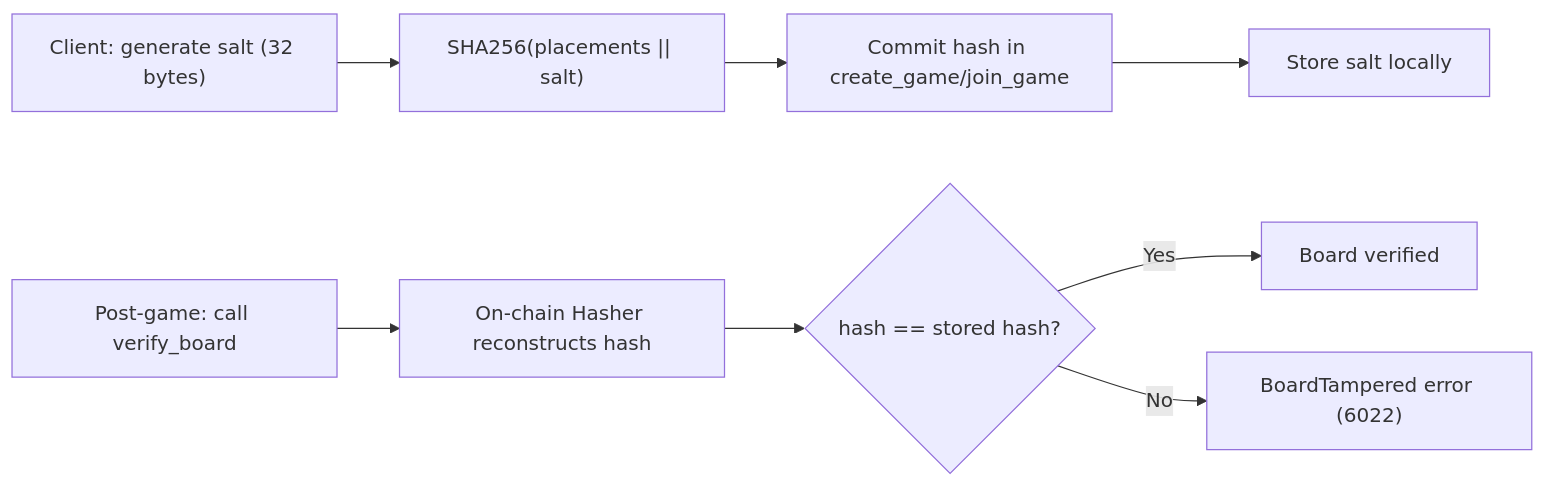
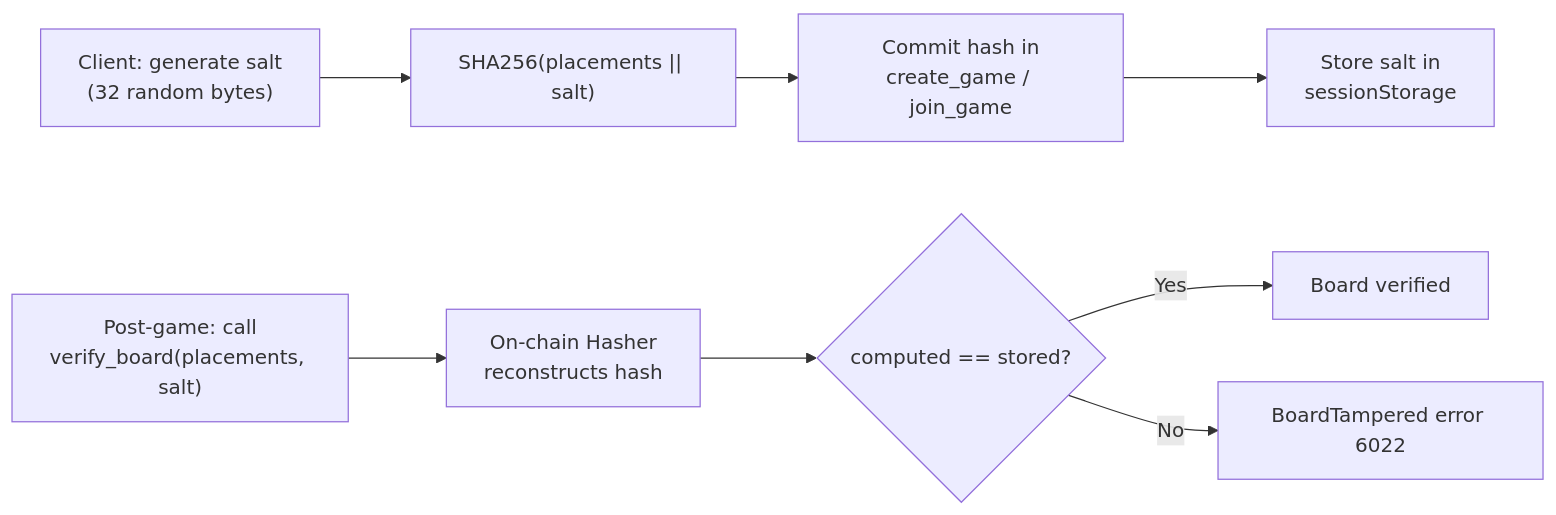
One commit to Andy00L/private-battleship changed the fifth of 10 diagrams in ARCHITECTURE.md. Above: the diagram before and after it, drawn with Mermaid. The commit also changed other lines of this file and 3 other files, not shown here.

````diff
--- a/ARCHITECTURE.md
+++ b/ARCHITECTURE.md
@@ -216,11 +236,11 @@
 ```mermaid
 flowchart LR
-    A1["Client: generate salt (32 bytes)"] --> A2["SHA256(placements || salt)"]
-    A2 --> A3["Commit hash in create_game/join_game"]
-    A3 --> A4["Store salt locally"]
+    A1["Client: generate salt<br/>(32 random bytes)"] --> A2["SHA256(placements || salt)"]
+    A2 --> A3["Commit hash in<br/>create_game / join_game"]
+    A3 --> A4["Store salt in<br/>sessionStorage"]
 
-    B1["Post-game: call verify_board"] --> B2["On-chain Hasher reconstructs hash"]
-    B2 --> B3{"hash == stored hash?"}
+    B1["Post-game: call<br/>verify_board(placements, salt)"] --> B2["On-chain Hasher<br/>reconstructs hash"]
+    B2 --> B3{"computed == stored?"}
     B3 -->|Yes| B4["Board verified"]
-    B3 -->|No| B5["BoardTampered error (6022)"]
+    B3 -->|No| B5["BoardTampered error 6022"]
 ```
````
